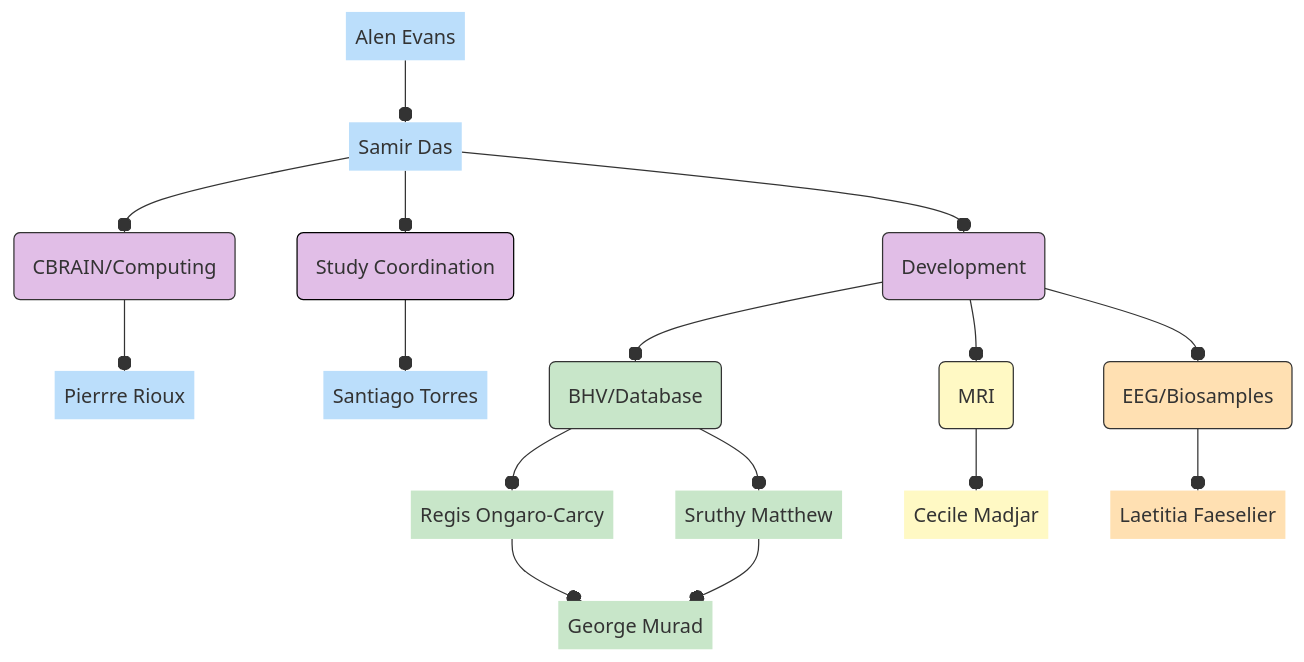
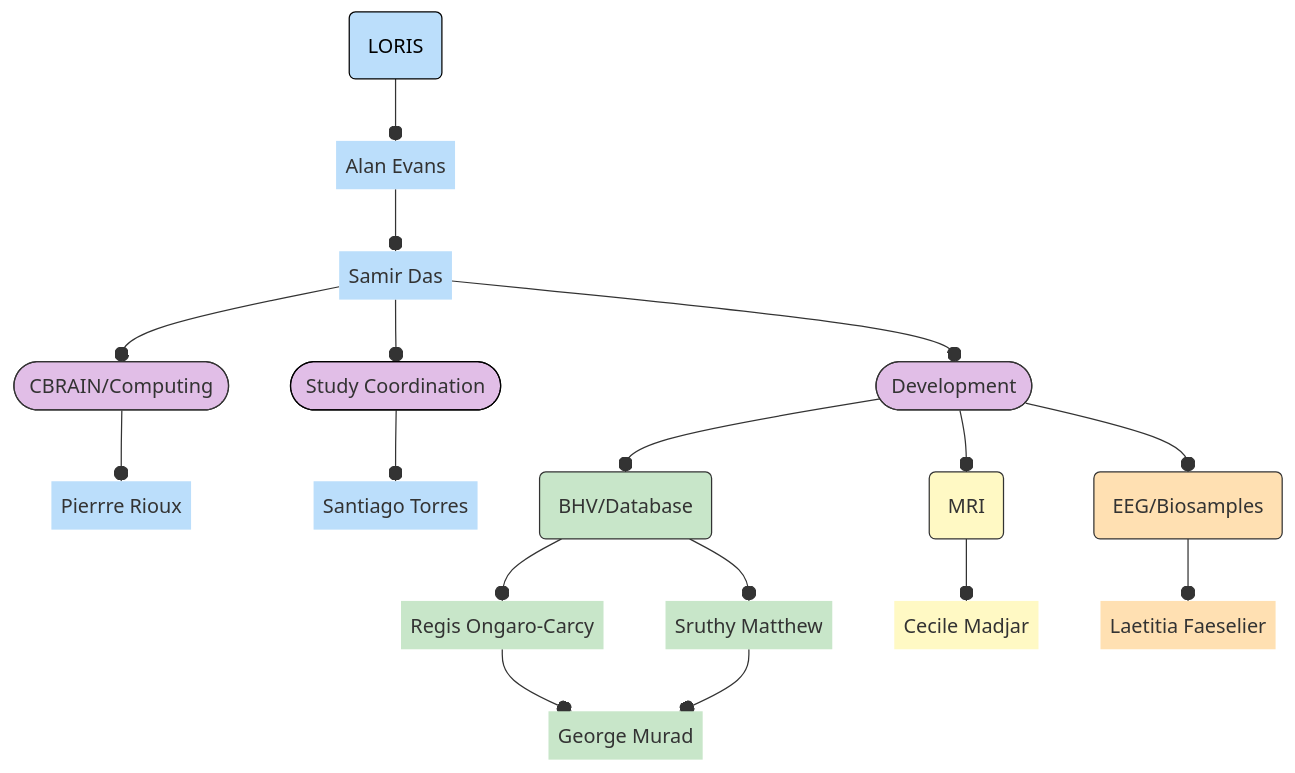
Before and after one commit to DCAN-Labs/hbcd-docs-internal: the diagram in docs/orgcharts.md, drawn with Mermaid.

Commit message:
update org chart styling

````diff
--- a/docs/orgcharts.md
+++ b/docs/orgcharts.md
@@ -5,44 +5,44 @@
 ```mermaid
 flowchart TB
-    A["Alen Evans"] --o nl["Samir Das"]
-    nl --o n9["Study Coordination"] & C["CBRAIN/Computing"] & B["Development"]
+    Z["LORIS"] --o A["Alan Evans"]
+    A --o nl["Samir Das"]
+    nl --o n9(["Study Coordination"]) & C(["CBRAIN/Computing"]) & B(["Development"])
     C --o D["Pierrre Rioux"]
     n9 --o E["Santiago Torres"]
     B --o F["BHV/Database"] & H["EEG/Biosamples"] & G["MRI"]
     F --o I["Regis Ongaro-Carcy"] & J["Sruthy Matthew"]
     I --o K["George Murad"]
     J --o K
     G --o L["Cecile Madjar"]
     H --o M["Laetitia Faeselier"]
 
+    Z@{ shape: rounded}
     A@{ shape: text}
     nl@{ shape: text}
-    n9@{ shape: rounded}
-    C@{ shape: rounded}
-    B@{ shape: rounded}
     D@{ shape: text}
     E@{ shape: text}
     F@{ shape: rounded}
     H@{ shape: rounded}
     G@{ shape: rounded}
     I@{ shape: text}
     J@{ shape: text}
     K@{ shape: text}
     L@{ shape: text}
     M@{ shape: text}
+    style Z stroke:#000000,fill:#BBDEFB,color:#000000
     style A stroke:#000000,fill:#BBDEFB
     style nl stroke:#000000,fill:#BBDEFB
     style n9 stroke:#000000,fill:#E1BEE7,stroke-width:1px,stroke-dasharray: 0
     style C stroke:#333,fill:#E1BEE7
     style B stroke:#333,fill:#E1BEE7
     style D stroke:#333,fill:#BBDEFB
     style E stroke:#333,fill:#BBDEFB
     style F stroke:#333,fill:#C8E6C9
     style H stroke:#333,fill:#FFE0B2
     style G stroke:#333,fill:#FFF9C4
     style I stroke:#333,fill:#C8E6C9
     style J stroke:#333,fill:#C8E6C9
     style K stroke:#333,fill:#C8E6C9
     style L stroke:#000000,fill:#FFF9C4
     style M fill:#FFE0B2,stroke:#000000
 ```
````
